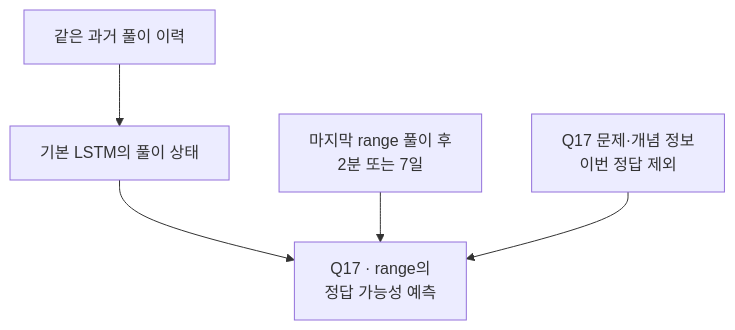
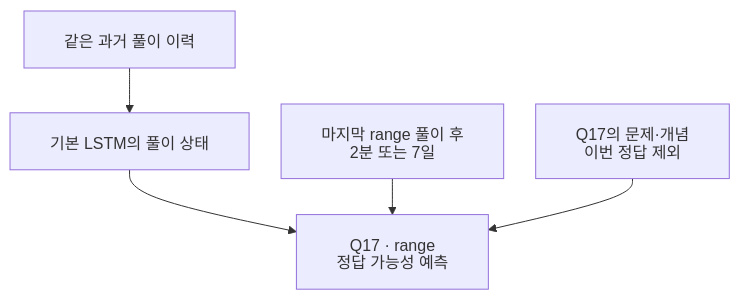
The fourth of 4 diagrams in docs/LEARNING_MISSIONS.md (WaterMinCho/programming-study), drawn with Mermaid before and after one commit. The commit also changed other lines of this file and 15 other files, not shown here.

````diff
--- a/docs/LEARNING_MISSIONS.md
+++ b/docs/LEARNING_MISSIONS.md
@@ -119,7 +146,16 @@
 ```mermaid
+---
+config:
+  htmlLabels: false
+  flowchart:
+    padding: 20
+    wrappingWidth: 240
+    nodeSpacing: 32
+    rankSpacing: 36
+---
 flowchart TD
     A["같은 과거 풀이 이력"] --> L["기본 LSTM의 풀이 상태"]
-    L --> P["Q17 · range의<br/>정답 가능성 예측"]
+    L --> P["Q17 · range<br/>정답 가능성 예측"]
     T["마지막 range 풀이 후<br/>2분 또는 7일"] --> P
-    Q["Q17 문제·개념 정보<br/>이번 정답 제외"] --> P
+    Q["Q17의 문제·개념<br/>이번 정답 제외"] --> P
 ```
````
